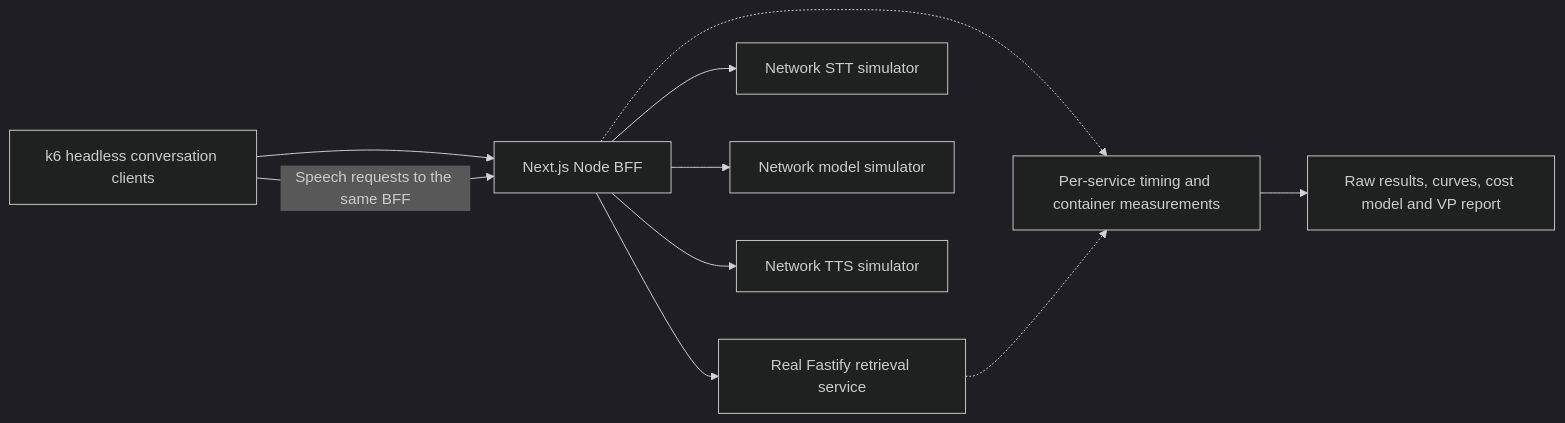
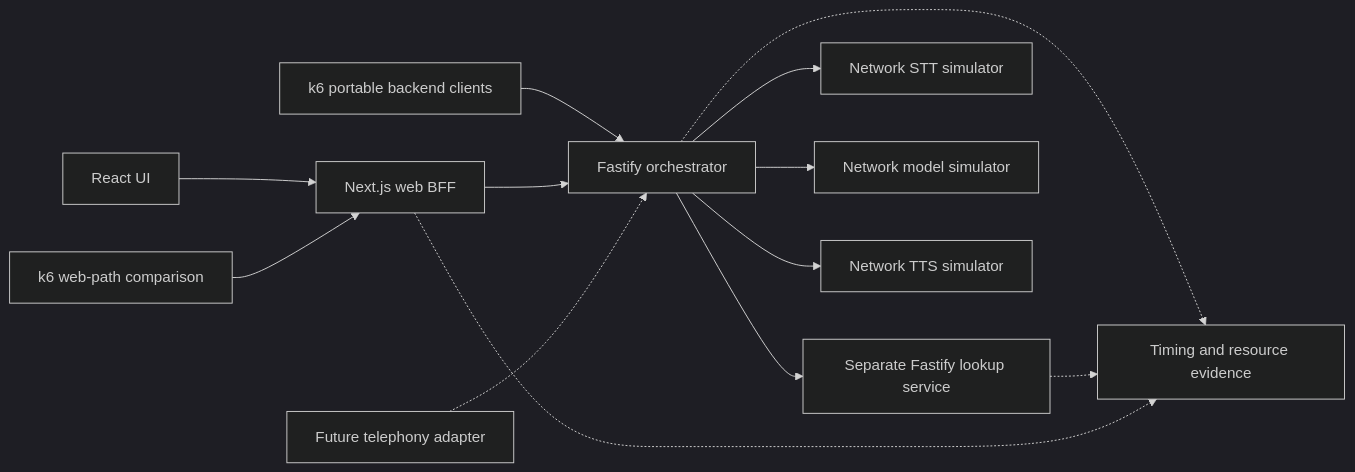
Before and after one commit to kburson/AIVC: the diagram in docs/superpowers/specs/2026-10-14-39-voice-bff-performance-research-design.md, drawn with Mermaid (dark theme). The commit also changed other lines of this file, not shown here.

Commit message:
[#39] Make Fastify orchestration the portable research target

````diff
--- a/docs/superpowers/specs/2026-10-14-39-voice-bff-performance-research-design.md
+++ b/docs/superpowers/specs/2026-10-14-39-voice-bff-performance-research-design.md
@@ -43,12 +43,15 @@
 ```mermaid
 flowchart LR
-    K6[k6 headless conversation clients] --> BFF[Next.js Node BFF]
-    BFF --> Retrieval[Real Fastify retrieval service]
-    BFF --> STT[Network STT simulator]
-    BFF --> LLM[Network model simulator]
-    K6 -->|Speech requests to the same BFF| BFF
-    BFF --> TTS[Network TTS simulator]
-    Telemetry[Per-service timing and container measurements] --> Evidence[Raw results, curves, cost model and VP report]
-    BFF -.-> Telemetry
-    Retrieval -.-> Telemetry
+    K6[k6 portable backend clients] --> Core[Fastify orchestrator]
+    Web[React UI] --> Next[Next.js web BFF]
+    Compare[k6 web-path comparison] --> Next
+    Next --> Core
+    Phone[Future telephony adapter] -.-> Core
+    Core --> Lookup[Separate Fastify lookup service]
+    Core --> STT[Network STT simulator]
+    Core --> LLM[Network model simulator]
+    Core --> TTS[Network TTS simulator]
+    Core -.-> Metrics[Timing and resource evidence]
+    Lookup -.-> Metrics
+    Next -.-> Metrics
 ```
````
